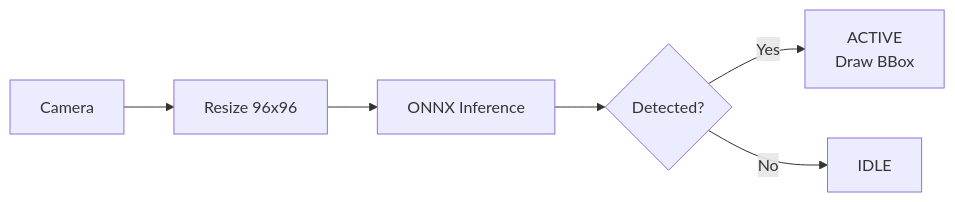
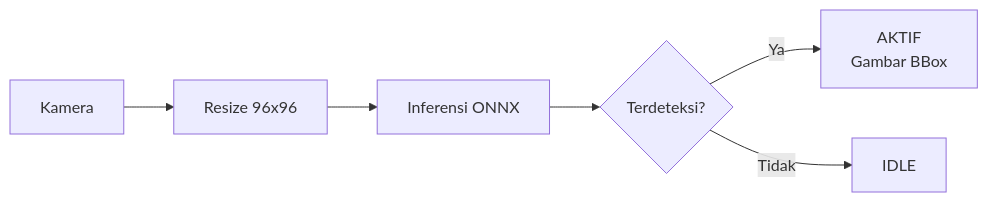
Before and after one commit to eLsann/model-esp32: the third of 4 diagrams in README.md, drawn with Mermaid. The commit also changed other lines of this file, not shown here.

````diff
--- a/README.md
+++ b/README.md
@@ -88,8 +88,8 @@
 ```mermaid
 flowchart LR
-    A["Camera"] --> B["Resize 96x96"]
-    B --> C["ONNX Inference"]
-    C --> D{"Detected?"}
-    D -->|Yes| E["ACTIVE<br/>Draw BBox"]
-    D -->|No| F["IDLE"]
+    A["Kamera"] --> B["Resize 96x96"]
+    B --> C["Inferensi ONNX"]
+    C --> D{"Terdeteksi?"}
+    D -->|Ya| E["AKTIF<br/>Gambar BBox"]
+    D -->|Tidak| F["IDLE"]
 ```
````
